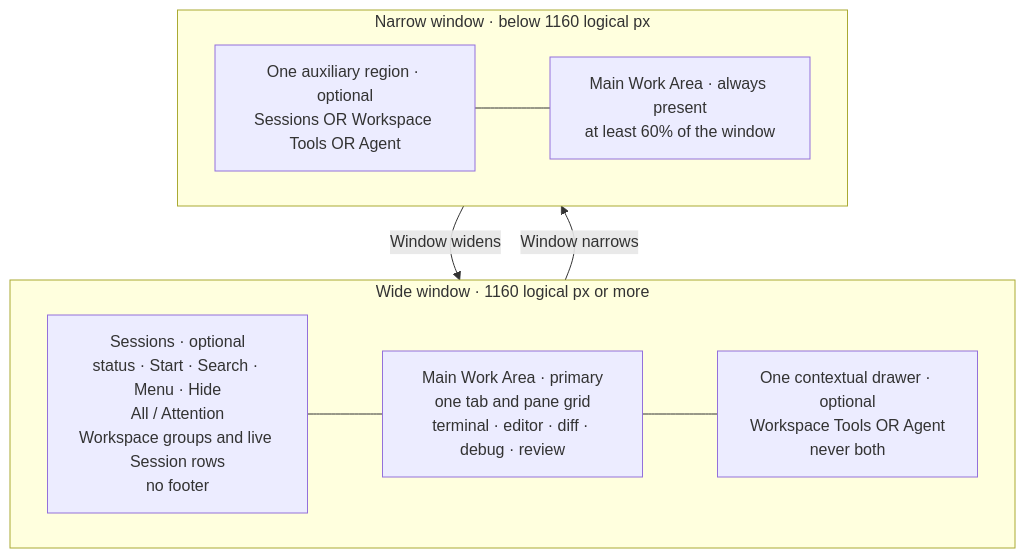
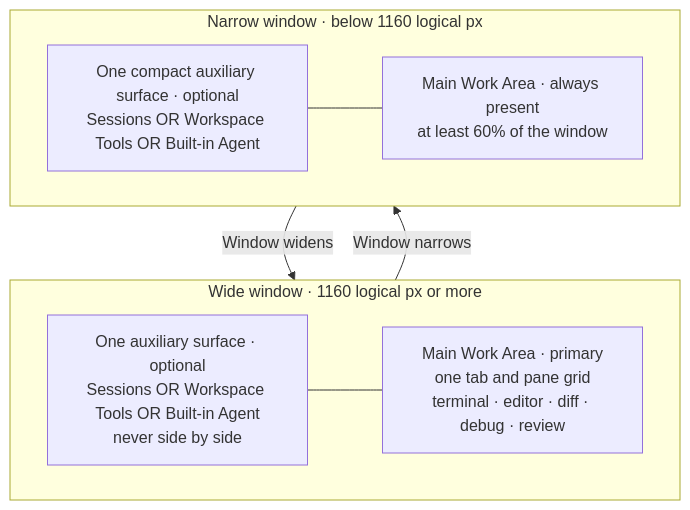
Before and after one commit to Oreoro/dez: the first of 3 diagrams in docs/src/development/dez/fork-notes.md, drawn with Mermaid. The commit also changed other lines of this file and 40 other files, not shown here.

Commit message:
Polish Dez Home, sessions, and workspace UI

````diff
--- a/docs/src/development/dez/fork-notes.md
+++ b/docs/src/development/dez/fork-notes.md
@@ -75,20 +75,19 @@
 ```mermaid
 flowchart TB
     subgraph WIDE["Wide window · 1160 logical px or more"]
         direction LR
-        WS["Sessions · optional<br/>status · Start · Search · Menu · Hide<br/>All / Attention<br/>Workspace groups and live Session rows<br/>no footer"]
+        WA["One auxiliary surface · optional<br/>Sessions OR Workspace Tools OR Built-in Agent<br/>never side by side"]
         WM["Main Work Area · primary<br/>one tab and pane grid<br/>terminal · editor · diff · debug · review"]
-        WD["One contextual drawer · optional<br/>Workspace Tools OR Agent<br/>never both"]
-        WS --- WM --- WD
+        WA --- WM
     end
 
     subgraph NARROW["Narrow window · below 1160 logical px"]
         direction LR
-        FA["One auxiliary region · optional<br/>Sessions OR Workspace Tools OR Agent"]
+        FA["One compact auxiliary surface · optional<br/>Sessions OR Workspace Tools OR Built-in Agent"]
         FM["Main Work Area · always present<br/>at least 60% of the window"]
         FA --- FM
     end
 
     WIDE -->|Window narrows| NARROW
     NARROW -->|Window widens| WIDE
 ```
````
